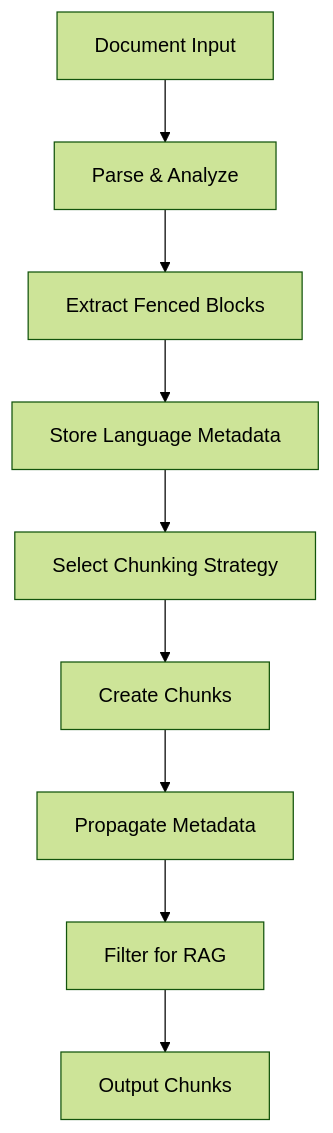
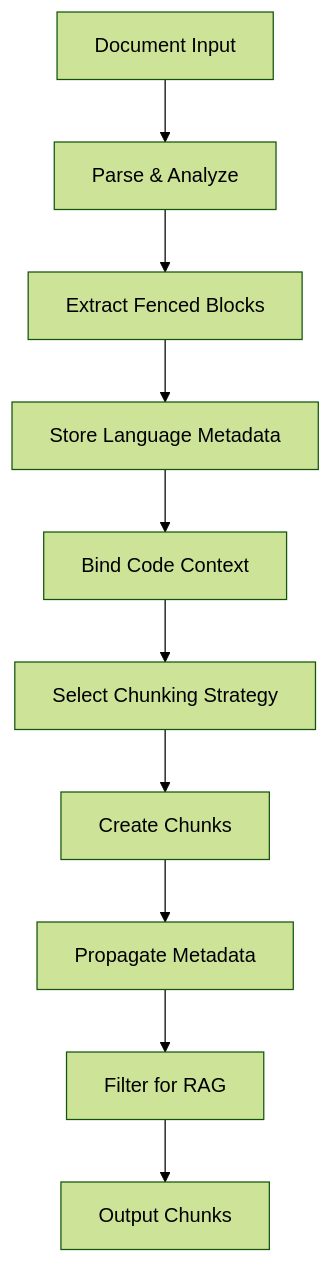
One commit to asukhodko/dify-markdown-chunker changed the fourth of 5 diagrams in .qoder/repowiki/en/content/Reference/Output Format Specification/Metadata Schema/Content-Specific Fields/Code Content Fields.md. Above: the diagram before and after it, drawn with Mermaid (forest theme). The commit also changed other lines of this file and 18 other files, not shown here.

First line of the commit message:
feat(code-context): add code context binding and enrich code chunk metadata

````diff
--- a/.qoder/repowiki/en/content/Reference/Output Format Specification/Metadata Schema/Content-Specific Fields/Code Content Fields.md
+++ b/.qoder/repowiki/en/content/Reference/Output Format Specification/Metadata Schema/Content-Specific Fields/Code Content Fields.md
@@ -80,11 +123,12 @@
 ```mermaid
 graph TB
 A["Document Input"] --> B["Parse & Analyze"]
 B --> C["Extract Fenced Blocks"]
 C --> D["Store Language Metadata"]
-D --> E["Select Chunking Strategy"]
-E --> F["Create Chunks"]
-F --> G["Propagate Metadata"]
-G --> H["Filter for RAG"]
-H --> I["Output Chunks"]
+D --> E["Bind Code Context"]
+E --> F["Select Chunking Strategy"]
+F --> G["Create Chunks"]
+G --> H["Propagate Metadata"]
+H --> I["Filter for RAG"]
+I --> J["Output Chunks"]
 ```
````
